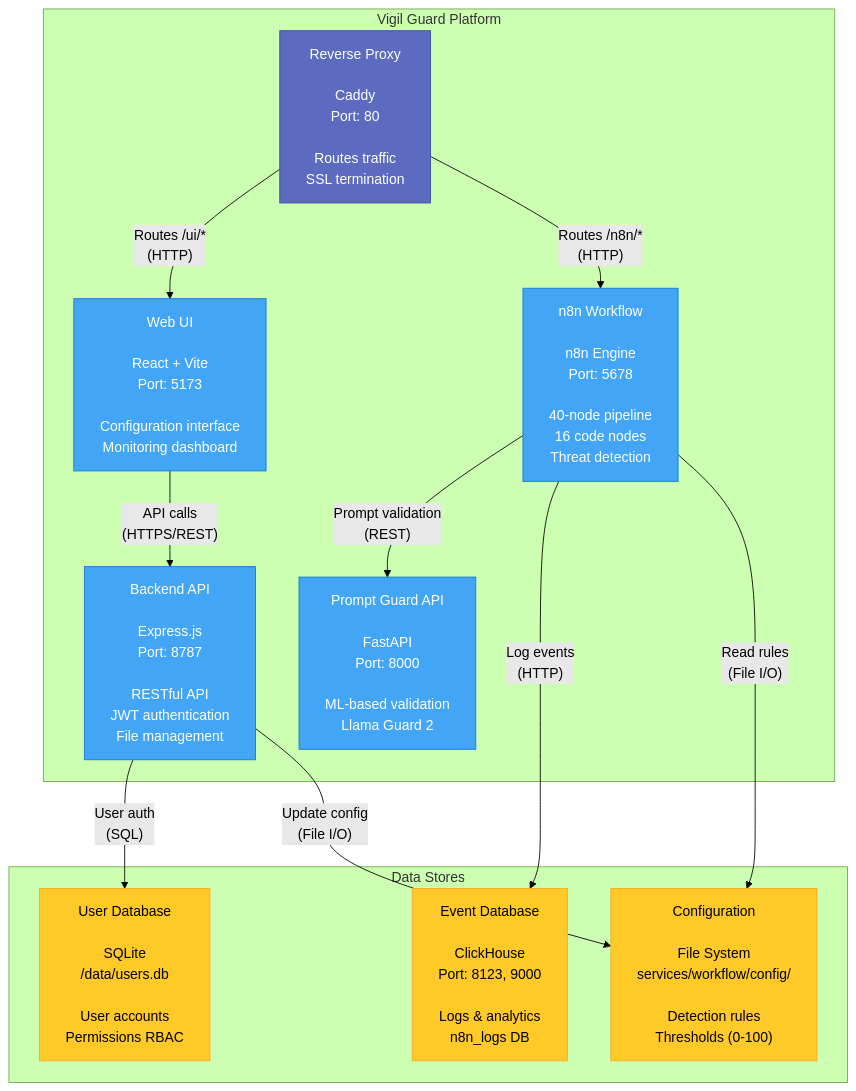
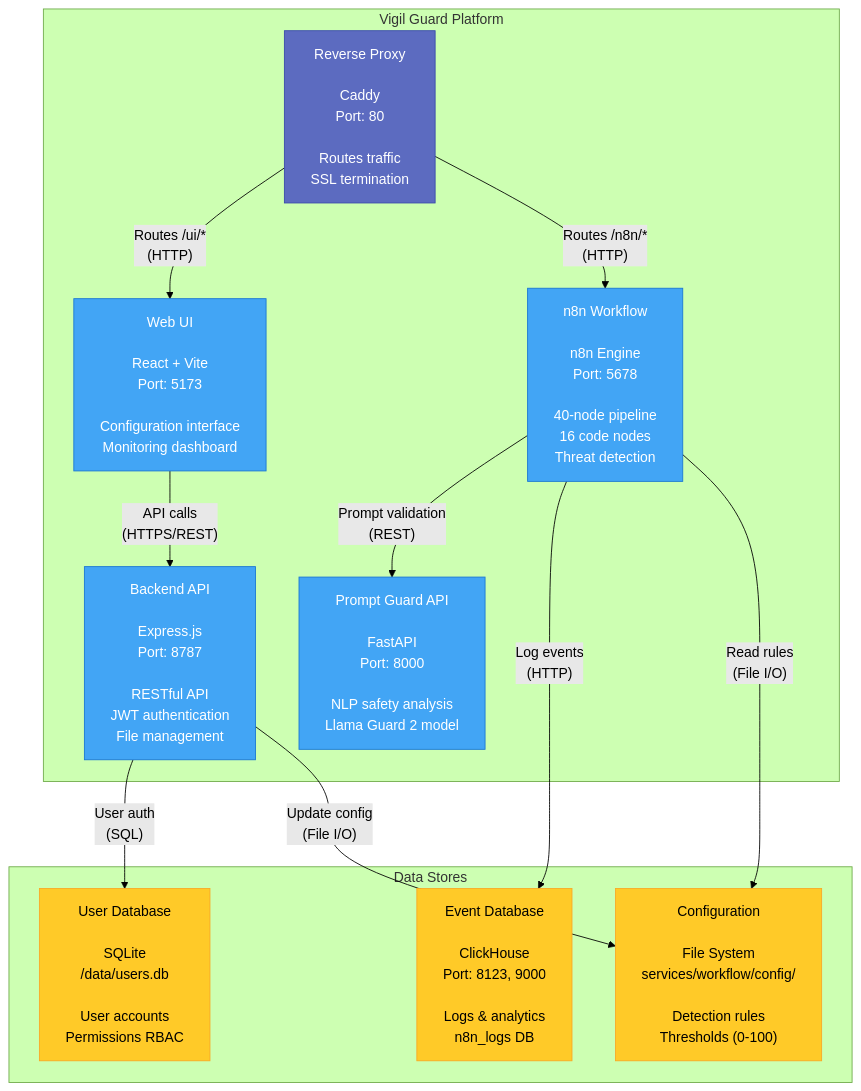
Before and after one commit to tbartel74/Vigil-Guard: the second of 3 diagrams in services/web-ui/frontend/public/docs/architecture/architecture.md, drawn with Mermaid (forest theme). The commit also changed 46 other files, not shown here.

````diff
--- a/services/web-ui/frontend/public/docs/architecture/architecture.md
+++ b/services/web-ui/frontend/public/docs/architecture/architecture.md
@@ -69,34 +69,34 @@
 ```mermaid
 graph TB
     subgraph "Vigil Guard Platform"
         WebUI["Web UI<br/><br/>React + Vite<br/>Port: 5173<br/><br/>Configuration interface<br/>Monitoring dashboard"]
         Backend["Backend API<br/><br/>Express.js<br/>Port: 8787<br/><br/>RESTful API<br/>JWT authentication<br/>File management"]
         N8N["n8n Workflow<br/><br/>n8n Engine<br/>Port: 5678<br/><br/>40-node pipeline<br/>16 code nodes<br/>Threat detection"]
-        PromptGuard["Prompt Guard API<br/><br/>FastAPI<br/>Port: 8000<br/><br/>ML-based validation<br/>Llama Guard 2"]
+        PromptGuard["Prompt Guard API<br/><br/>FastAPI<br/>Port: 8000<br/><br/>NLP safety analysis<br/>Llama Guard 2 model"]
         Caddy["Reverse Proxy<br/><br/>Caddy<br/>Port: 80<br/><br/>Routes traffic<br/>SSL termination"]
     end
 
     subgraph "Data Stores"
         SQLite["User Database<br/><br/>SQLite<br/>/data/users.db<br/><br/>User accounts<br/>Permissions RBAC"]
         ClickHouse["Event Database<br/><br/>ClickHouse<br/>Port: 8123, 9000<br/><br/>Logs & analytics<br/>n8n_logs DB"]
         ConfigFiles["Configuration<br/><br/>File System<br/>services/workflow/config/<br/><br/>Detection rules<br/>Thresholds (0-100)"]
     end
 
     WebUI -->|"API calls<br/>(HTTPS/REST)"| Backend
     Backend -->|"User auth<br/>(SQL)"| SQLite
     N8N -->|"Prompt validation<br/>(REST)"| PromptGuard
     N8N -->|"Log events<br/>(HTTP)"| ClickHouse
     N8N -->|"Read rules<br/>(File I/O)"| ConfigFiles
     Backend -->|"Update config<br/>(File I/O)"| ConfigFiles
     Caddy -->|"Routes /ui/*<br/>(HTTP)"| WebUI
     Caddy -->|"Routes /n8n/*<br/>(HTTP)"| N8N
 
     style WebUI fill:#42a5f5,stroke:#1976d2,color:#fff
     style Backend fill:#42a5f5,stroke:#1976d2,color:#fff
     style N8N fill:#42a5f5,stroke:#1976d2,color:#fff
     style PromptGuard fill:#42a5f5,stroke:#1976d2,color:#fff
     style Caddy fill:#5c6bc0,stroke:#3949ab,color:#fff
     style SQLite fill:#ffca28,stroke:#f9a825,color:#000
     style ClickHouse fill:#ffca28,stroke:#f9a825,color:#000
     style ConfigFiles fill:#ffca28,stroke:#f9a825,color:#000
 ```
````
